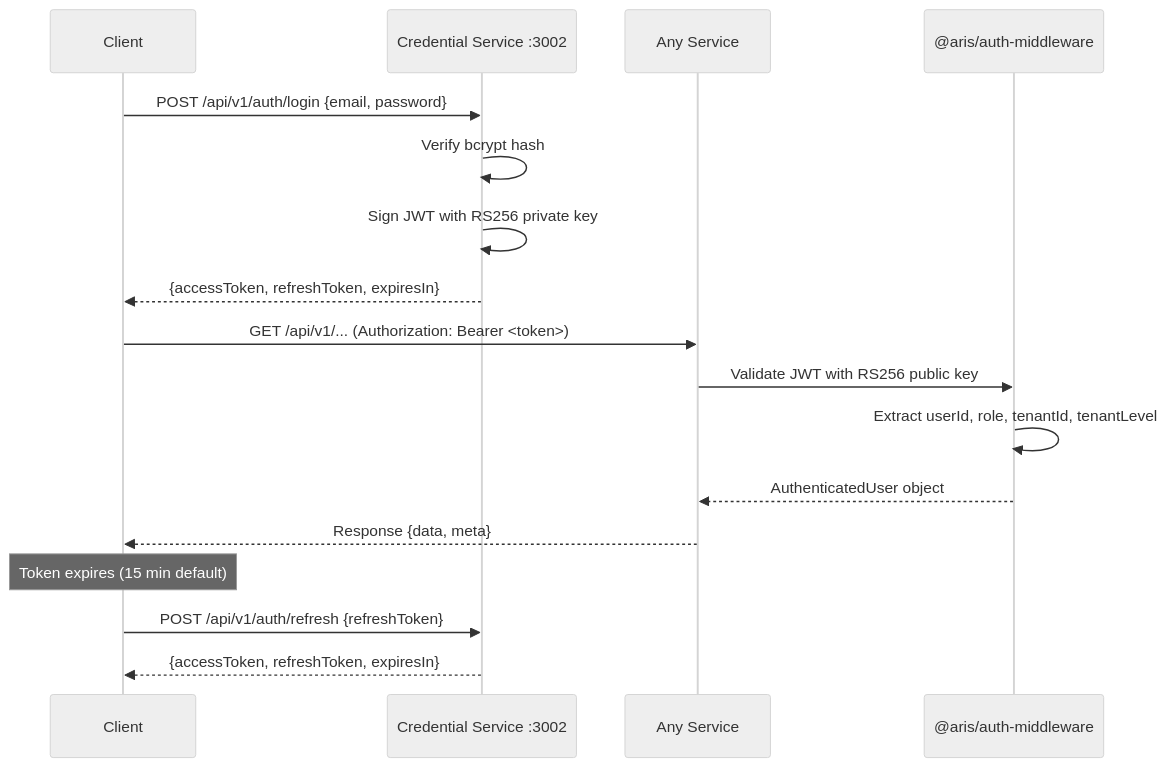
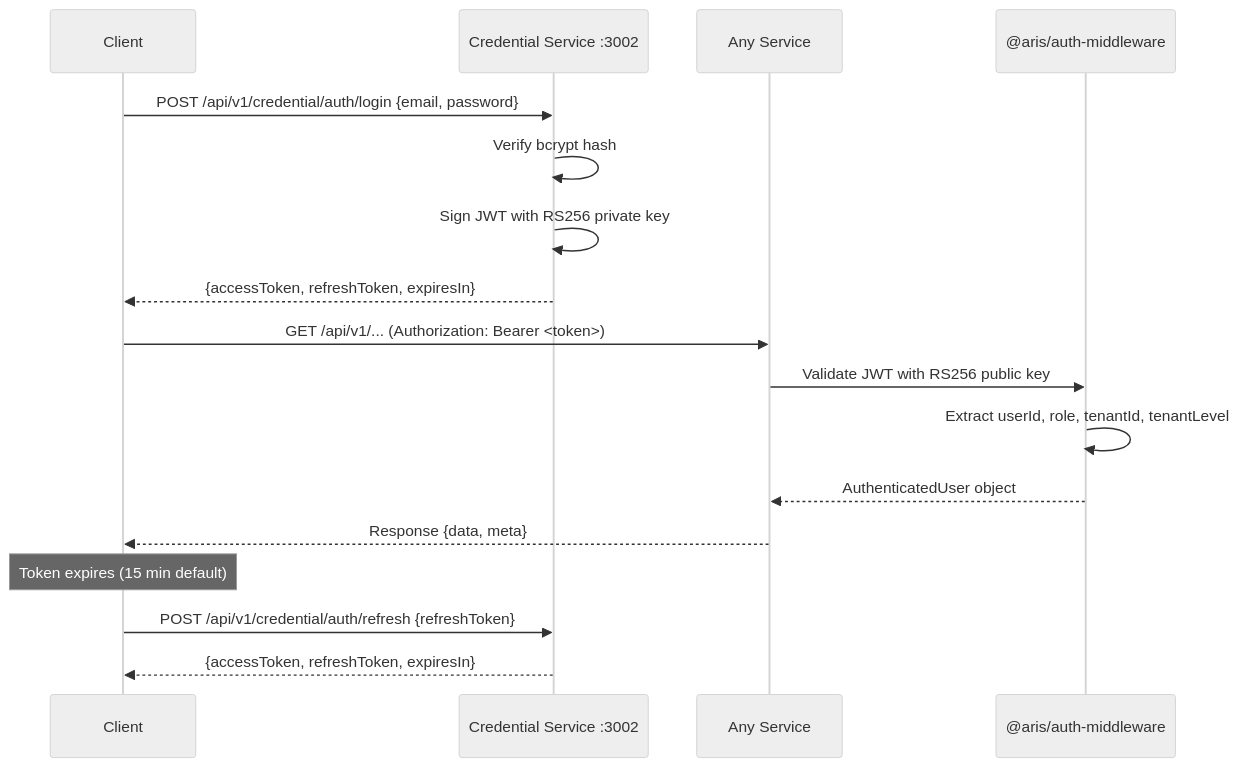
The first of 2 diagrams in docs/architecture/SECURITY.md (skenlefack/new.au-aris.org), drawn with Mermaid (neutral theme) before and after one commit. The commit also changed other lines of this file and 868 other files, not shown here.

````diff
--- a/docs/architecture/SECURITY.md
+++ b/docs/architecture/SECURITY.md
@@ -11,22 +11,22 @@
 ```mermaid
 sequenceDiagram
     participant Client
     participant Credential as Credential Service :3002
     participant Service as Any Service
     participant AuthMW as @aris/auth-middleware
 
-    Client->>Credential: POST /api/v1/auth/login {email, password}
+    Client->>Credential: POST /api/v1/credential/auth/login {email, password}
     Credential->>Credential: Verify bcrypt hash
     Credential->>Credential: Sign JWT with RS256 private key
     Credential-->>Client: {accessToken, refreshToken, expiresIn}
 
     Client->>Service: GET /api/v1/... (Authorization: Bearer <token>)
     Service->>AuthMW: Validate JWT with RS256 public key
     AuthMW->>AuthMW: Extract userId, role, tenantId, tenantLevel
     AuthMW-->>Service: AuthenticatedUser object
     Service-->>Client: Response {data, meta}
 
     Note over Client: Token expires (15 min default)
-    Client->>Credential: POST /api/v1/auth/refresh {refreshToken}
+    Client->>Credential: POST /api/v1/credential/auth/refresh {refreshToken}
     Credential-->>Client: {accessToken, refreshToken, expiresIn}
 ```
````
